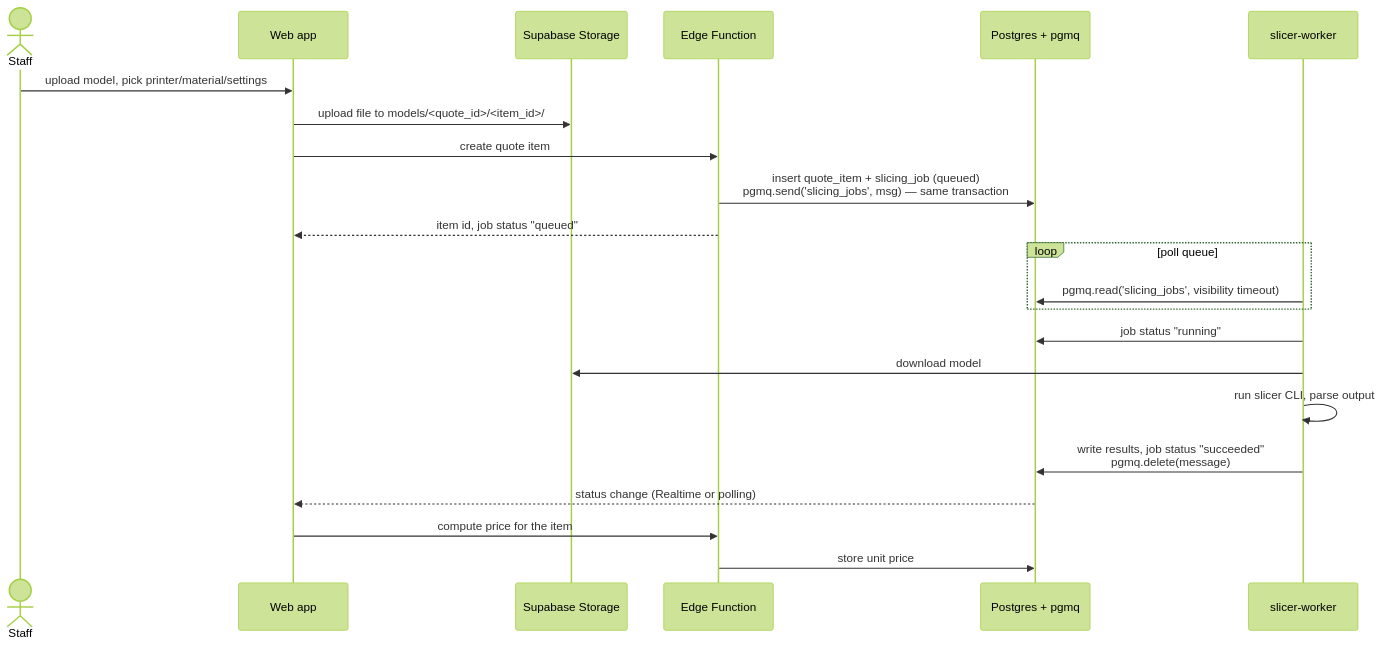
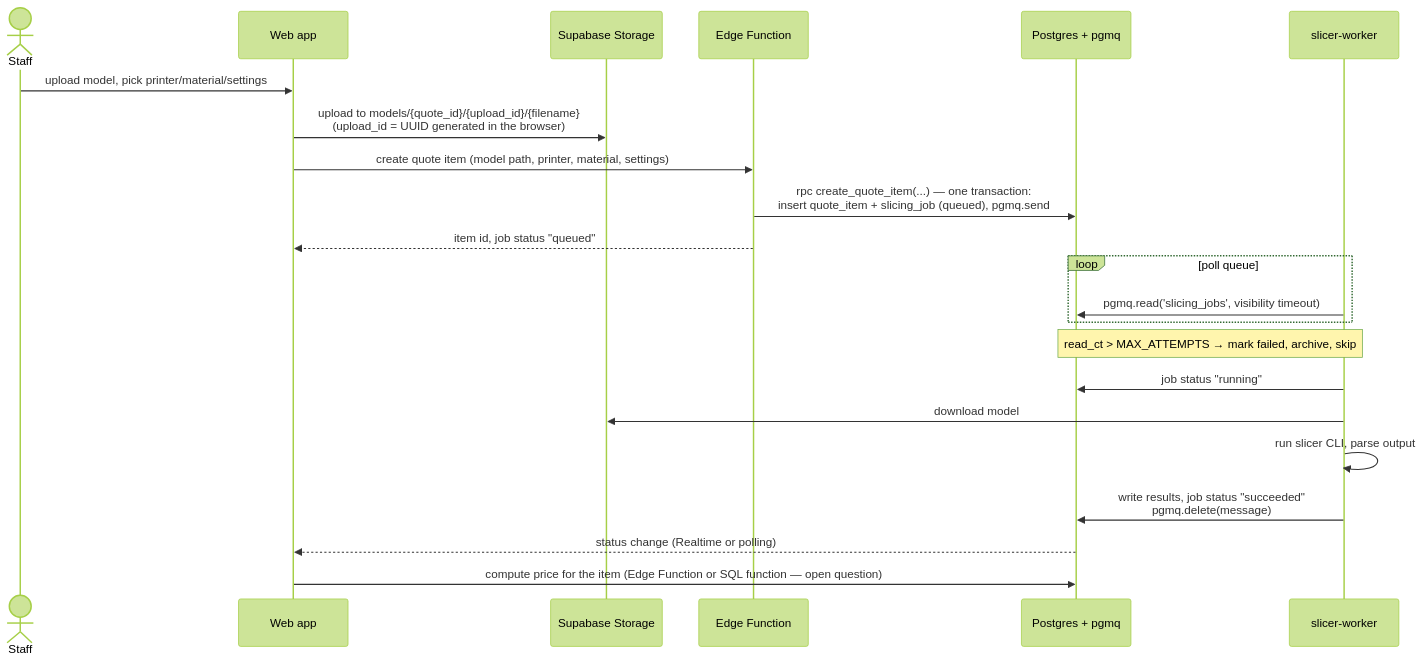
The first of 2 diagrams in docs/architecture/overview.md (AleTornesello/3D-Quote), drawn with Mermaid (forest theme) before and after one commit. The commit also changed other lines of this file and 2 other files, not shown here.

Commit message:
docs: fix upload ordering, poison-message retries and atomic enqueue from review

````diff
--- a/docs/architecture/overview.md
+++ b/docs/architecture/overview.md
@@ -21,25 +21,25 @@
 ```mermaid
 sequenceDiagram
     actor Staff
     participant Web as Web app
     participant Storage as Supabase Storage
     participant Fn as Edge Function
     participant DB as Postgres + pgmq
     participant Worker as slicer-worker
 
     Staff->>Web: upload model, pick printer/material/settings
-    Web->>Storage: upload file to models/<quote_id>/<item_id>/
-    Web->>Fn: create quote item
-    Fn->>DB: insert quote_item + slicing_job (queued)<br/>pgmq.send('slicing_jobs', msg) — same transaction
+    Web->>Storage: upload to models/{quote_id}/{upload_id}/{filename}<br/>(upload_id = UUID generated in the browser)
+    Web->>Fn: create quote item (model path, printer, material, settings)
+    Fn->>DB: rpc create_quote_item(...) — one transaction:<br/>insert quote_item + slicing_job (queued), pgmq.send
     Fn-->>Web: item id, job status "queued"
     loop poll queue
         Worker->>DB: pgmq.read('slicing_jobs', visibility timeout)
     end
+    Note over Worker,DB: read_ct > MAX_ATTEMPTS → mark failed, archive, skip
     Worker->>DB: job status "running"
     Worker->>Storage: download model
     Worker->>Worker: run slicer CLI, parse output
     Worker->>DB: write results, job status "succeeded"<br/>pgmq.delete(message)
     DB-->>Web: status change (Realtime or polling)
-    Web->>Fn: compute price for the item
-    Fn->>DB: store unit price
+    Web->>DB: compute price for the item (Edge Function or SQL function — open question)
 ```
````
